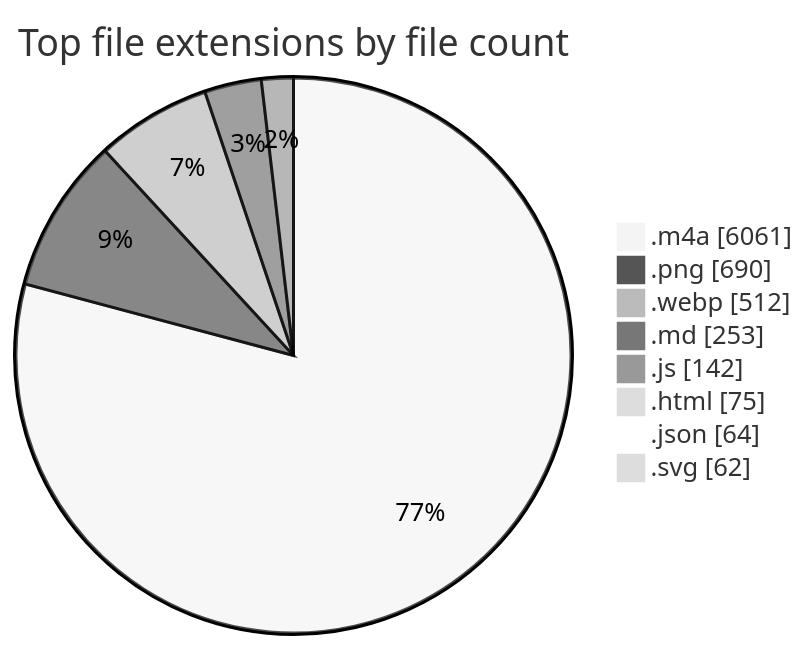
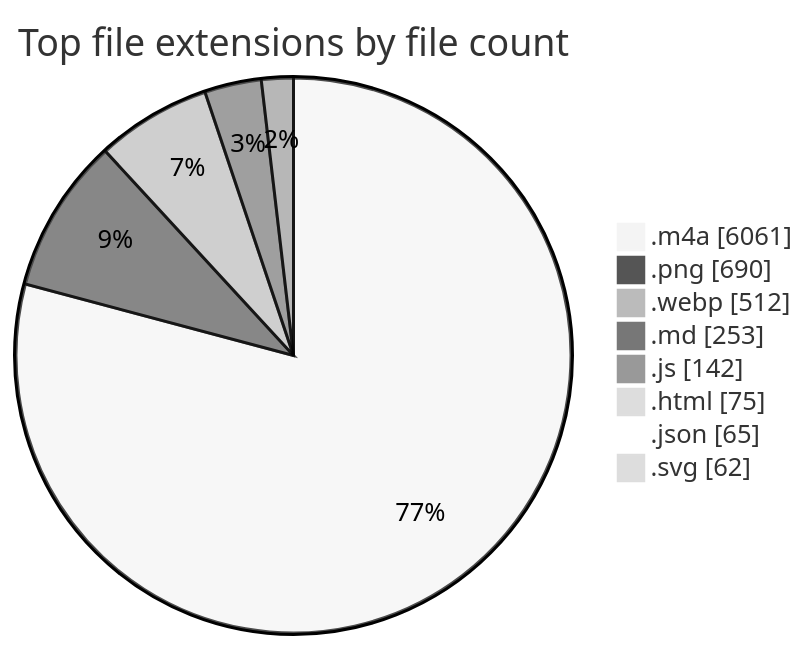
Before and after one commit to tchinso/tchinso: the second of 2 diagrams in README.md, drawn with Mermaid (neutral theme). The commit also changed other lines of this file, not shown here.

````diff
--- a/README.md
+++ b/README.md
@@ -53,12 +53,12 @@
 ```mermaid
 pie showData
     title Top file extensions by file count
     ".m4a" : 6061
     ".png" : 690
     ".webp" : 512
     ".md" : 253
     ".js" : 142
     ".html" : 75
-    ".json" : 64
+    ".json" : 65
     ".svg" : 62
 ```
````
